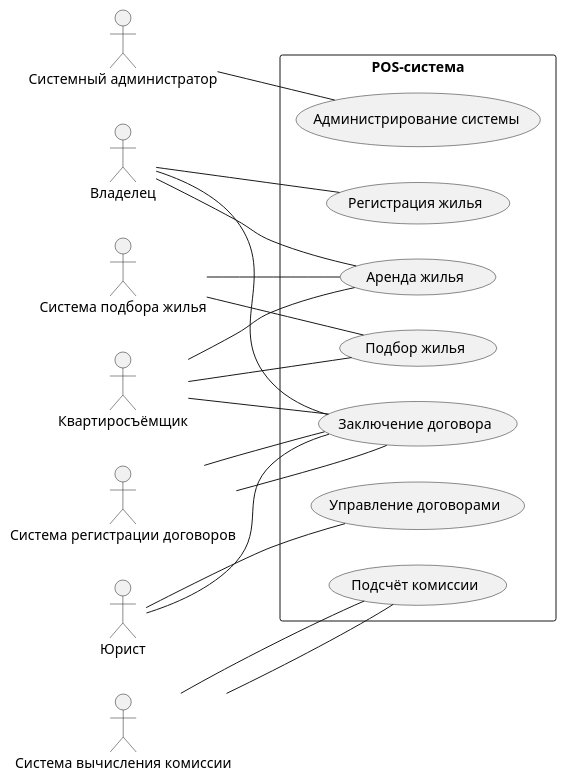
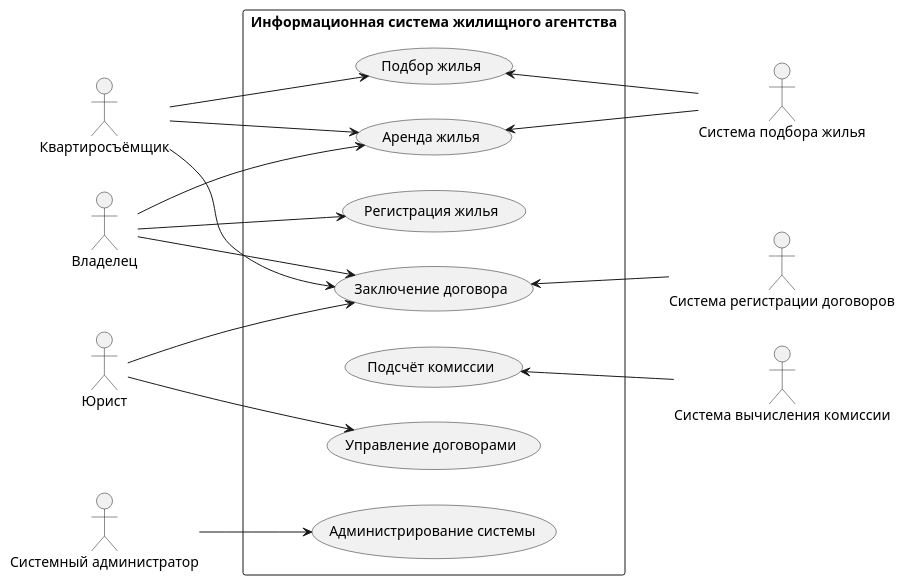
Before and after one commit to penamarth/bsbo-01-22_team4_var8: the diagram in Diagrama_precedent.md, drawn with PlantUML.

Commit message:
add arrows and correct plantuml

````diff
--- a/Diagrama_precedent.md
+++ b/Diagrama_precedent.md
@@ -1,41 +1,47 @@
 ```plantuml
 @startuml
 skinparam packageStyle rect
 left to right direction
+
 :Квартиросъёмщик:
 :Владелец:
 :Системный администратор:
 :Юрист:
 
-package POS-система {
+package "Информационная система жилищного агентства" {
+
 (Подбор жилья)
 (Регистрация жилья)
 (Аренда жилья)
 (Заключение договора)
 (Подсчёт комиссии)
 (Администрирование системы)
 (Управление договорами)
+
 }
 
-:Квартиросъёмщик: -- (Подбор жилья)
-:Квартиросъёмщик: -- (Аренда жилья)
-:Квартиросъёмщик: -- (Заключение договора)
+:Квартиросъёмщик: --> (Подбор жилья)
+:Квартиросъёмщик: --> (Аренда жилья)
+:Квартиросъёмщик: --> (Заключение договора)
 
-:Владелец: -- (Регистрация жилья)
-:Владелец: -- (Аренда жилья)
-:Владелец: -- (Заключение договора)
+:Владелец: --> (Регистрация жилья)
+:Владелец: --> (Аренда жилья)
+:Владелец: --> (Заключение договора)
 
-:Системный администратор: -- (Администрирование системы)
+:Системный администратор: --> (Администрирование системы)
 
-:Юрист: -- (Управление договорами)
-:Юрист: -- (Заключение договора)
+:Юрист: --> (Управление договорами)
+:Юрист: --> (Заключение договора)
 
-:Система регистрации договоров: -- (Заключение договора)
-:Система подбора жилья: -- (Подбор жилья)
-:Система вычисления комиссии: -- (Подсчёт комиссии)
+:Система регистрации договоров:
+:Система вычисления комиссии:
+:Система подбора жилья:
 
-(Заключение договора) -- :Система регистрации договоров:
-(Аренда жилья) -- :Система подбора жилья:
-(Подсчёт комиссии) -- :Система вычисления комиссии:
+(Заключение договора) <-- :Система регистрации договоров:
+(Подбор жилья) <-- :Система подбора жилья:
+(Подсчёт комиссии) <-- :Система вычисления комиссии:
+
+(Аренда жилья) <-- :Система подбора жилья:
+
 @enduml
 ```
````
